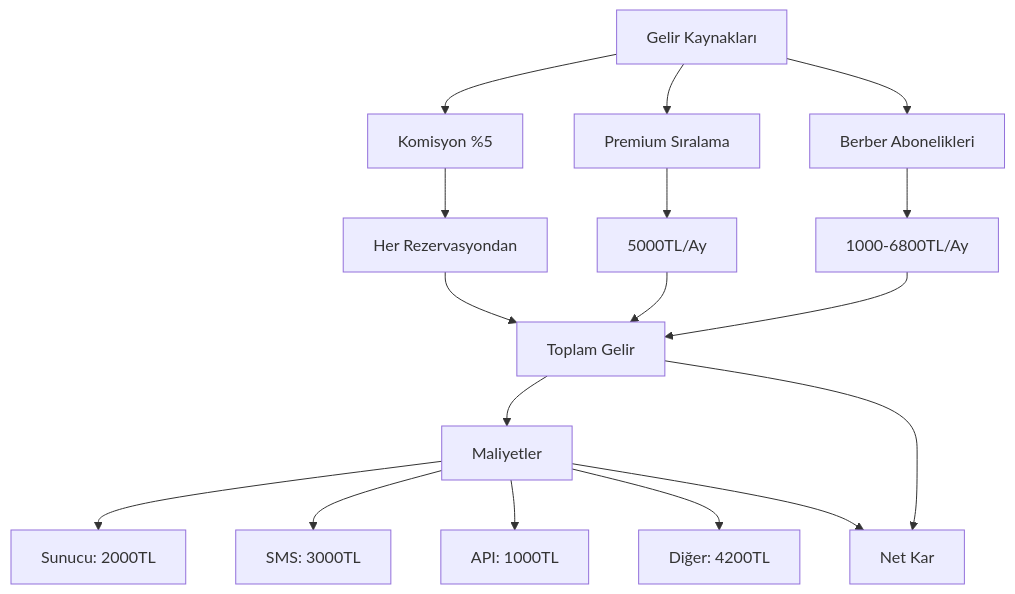
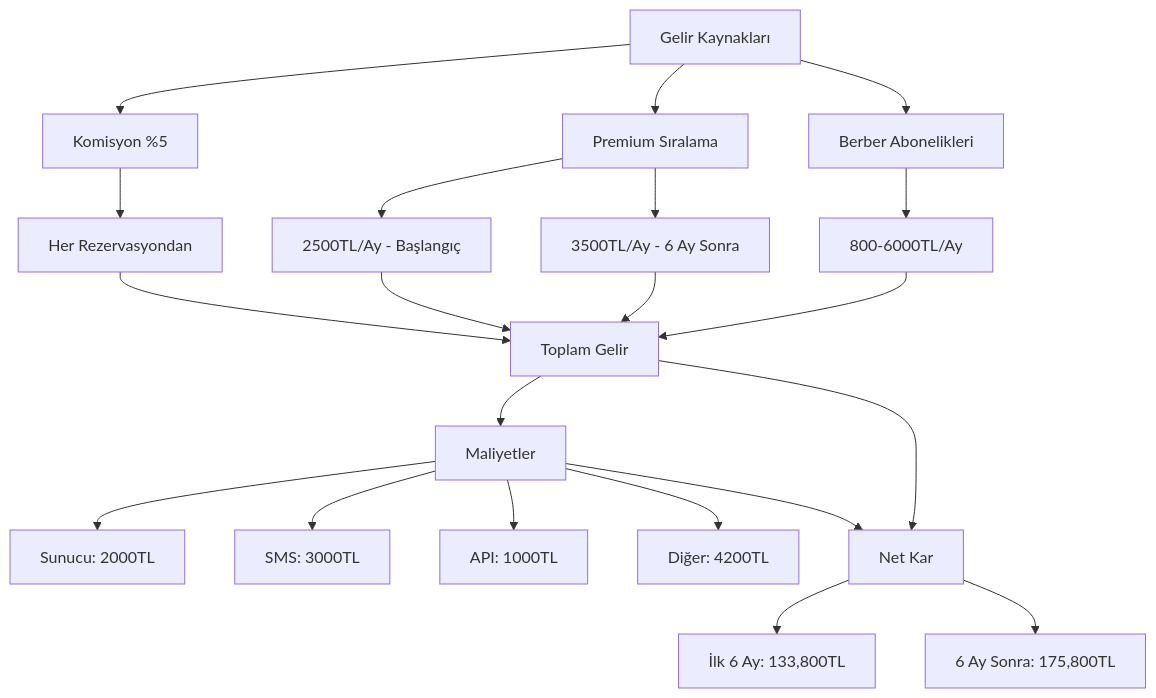
One commit to EkremZii/berber-rezervasyon-sistemi changed the fourth of 5 diagrams in visual_flowchart.md. Above: the diagram before and after it, drawn with Mermaid. The commit also changed other lines of this file and 7 other files, not shown here.

````diff
--- a/visual_flowchart.md
+++ b/visual_flowchart.md
@@ -89,23 +89,28 @@
 ```mermaid
 graph TD
     A[Gelir Kaynakları] --> B[Komisyon %5]
     A --> C[Premium Sıralama]
     A --> D[Berber Abonelikleri]
     
     B --> E[Her Rezervasyondan]
-    C --> F[5000TL/Ay]
-    D --> G[1000-6800TL/Ay]
+    C --> F[2500TL/Ay - Başlangıç]
+    C --> F2[3500TL/Ay - 6 Ay Sonra]
+    D --> G[800-6000TL/Ay]
     
     E --> H[Toplam Gelir]
     F --> H
+    F2 --> H
     G --> H
     
     H --> I[Maliyetler]
     I --> J[Sunucu: 2000TL]
     I --> K[SMS: 3000TL]
     I --> L[API: 1000TL]
     I --> M[Diğer: 4200TL]
     
     H --> N[Net Kar]
     I --> N
+    
+    N --> O[İlk 6 Ay: 133,800TL]
+    N --> P[6 Ay Sonra: 175,800TL]
 ```
````
